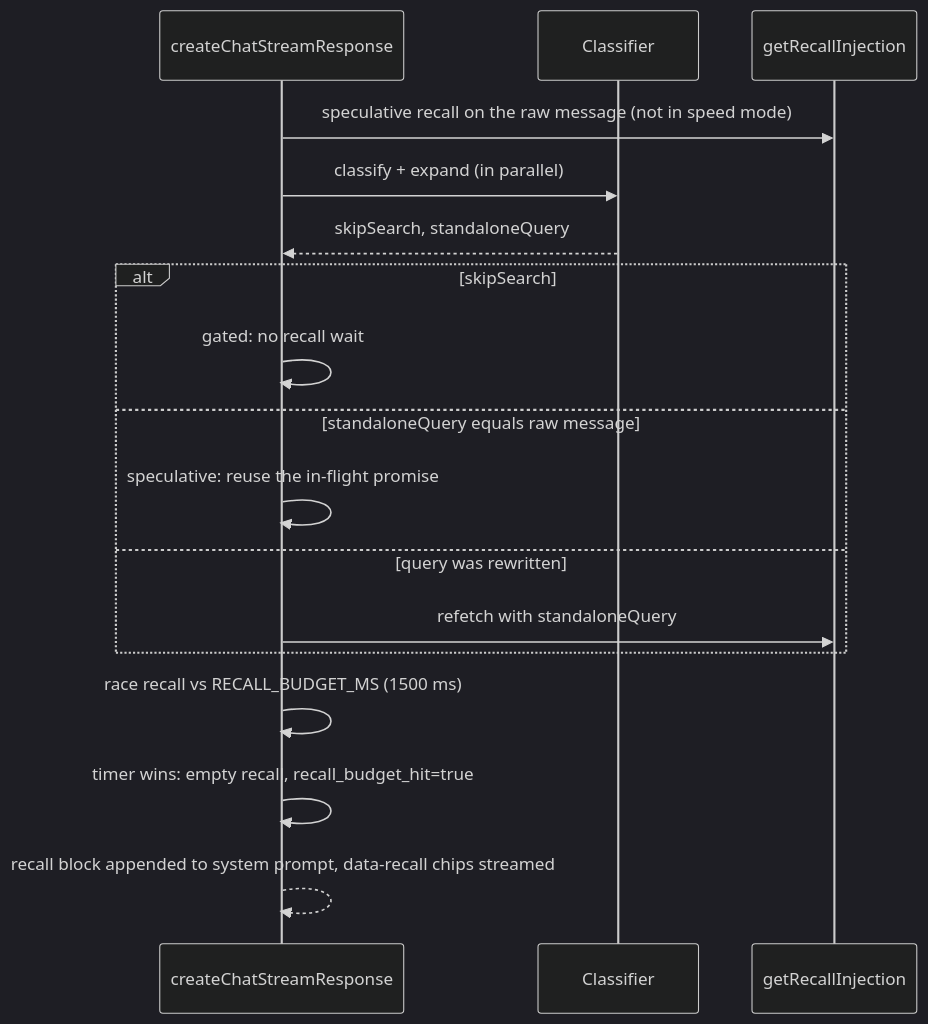
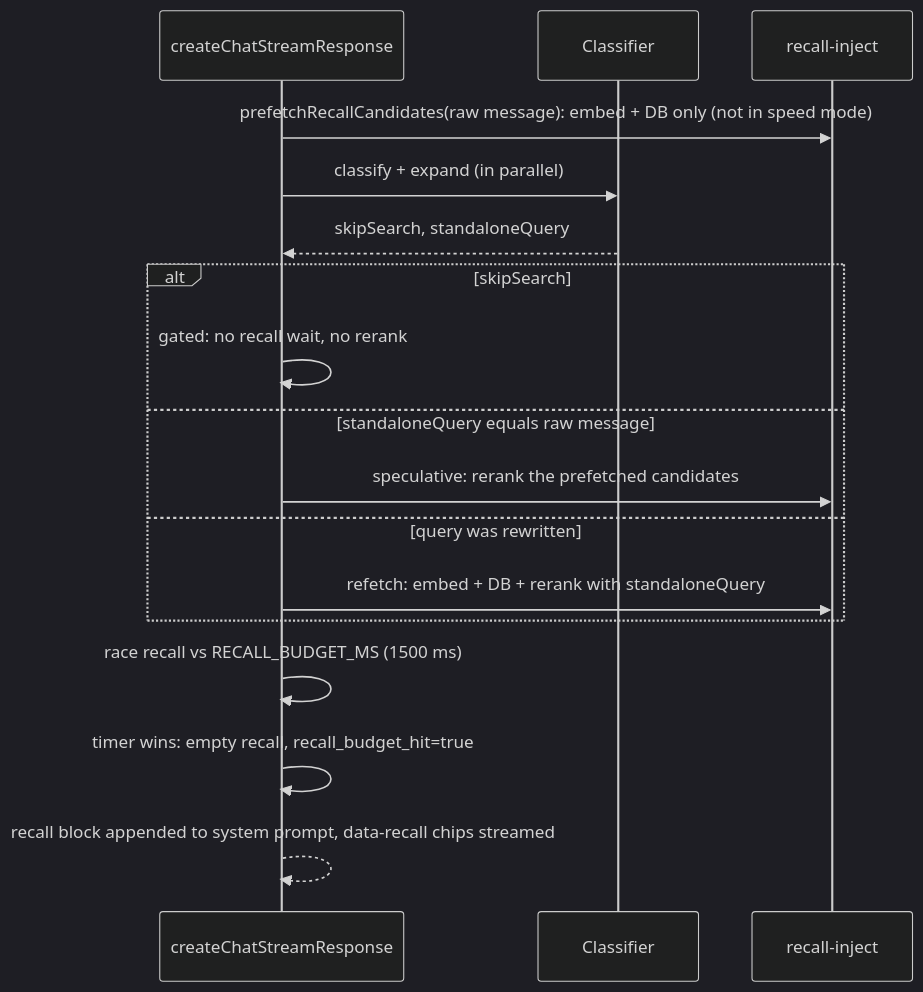
Before and after one commit to hbqdev/ask: the second of 2 diagrams in docs-site/docs/knowledge/memory-recall.md, drawn with Mermaid (dark theme). The commit also changed other lines of this file and 12 other files, not shown here.

````diff
--- a/docs-site/docs/knowledge/memory-recall.md
+++ b/docs-site/docs/knowledge/memory-recall.md
@@ -149,19 +155,19 @@
 ```mermaid
 sequenceDiagram
   participant S as createChatStreamResponse
   participant CL as Classifier
-  participant R as getRecallInjection
-  S->>R: speculative recall on the raw message (not in speed mode)
+  participant R as recall-inject
+  S->>R: prefetchRecallCandidates(raw message): embed + DB only (not in speed mode)
   S->>CL: classify + expand (in parallel)
   CL-->>S: skipSearch, standaloneQuery
   alt skipSearch
-    S->>S: gated: no recall wait
+    S->>S: gated: no recall wait, no rerank
   else standaloneQuery equals raw message
-    S->>S: speculative: reuse the in-flight promise
+    S->>R: speculative: rerank the prefetched candidates
   else query was rewritten
-    S->>R: refetch with standaloneQuery
+    S->>R: refetch: embed + DB + rerank with standaloneQuery
   end
   S->>S: race recall vs RECALL_BUDGET_MS (1500 ms)
   S->>S: timer wins: empty recall, recall_budget_hit=true
   S-->>S: recall block appended to system prompt, data-recall chips streamed
 ```
````
